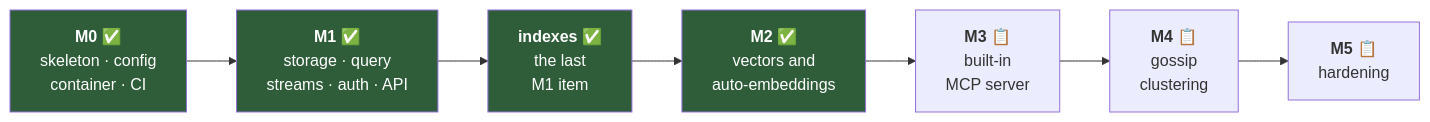
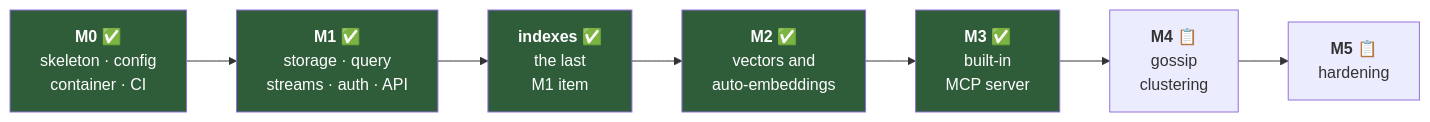
Before and after one commit to titusai-io/kimmydb: the first of 3 diagrams in docs/roadmap.md, drawn with Mermaid. The commit also changed other lines of this file and 27 other files, not shown here.

First line of the commit message:
Build the in-process MCP server

````diff
--- a/docs/roadmap.md
+++ b/docs/roadmap.md
@@ -12,17 +12,18 @@
 ```mermaid
 graph LR
     M0["<b>M0</b> ✅<br/>skeleton · config<br/>container · CI"]
     M1["<b>M1</b> ✅<br/>storage · query<br/>streams · auth · API"]
     IDX["<b>indexes</b> ✅<br/>the last<br/>M1 item"]
     M2["<b>M2</b> ✅<br/>vectors and<br/>auto-embeddings"]
-    M3["<b>M3</b> 📋<br/>built-in<br/>MCP server"]
+    M3["<b>M3</b> ✅<br/>built-in<br/>MCP server"]
     M4["<b>M4</b> 📋<br/>gossip<br/>clustering"]
     M5["<b>M5</b> 📋<br/>hardening"]
 
     M0 --> M1 --> IDX --> M2 --> M3 --> M4 --> M5
 
     style M0 fill:#2f5d3a,color:#fff
     style M1 fill:#2f5d3a,color:#fff
     style IDX fill:#2f5d3a,color:#fff
     style M2 fill:#2f5d3a,color:#fff
+    style M3 fill:#2f5d3a,color:#fff
 ```
````
